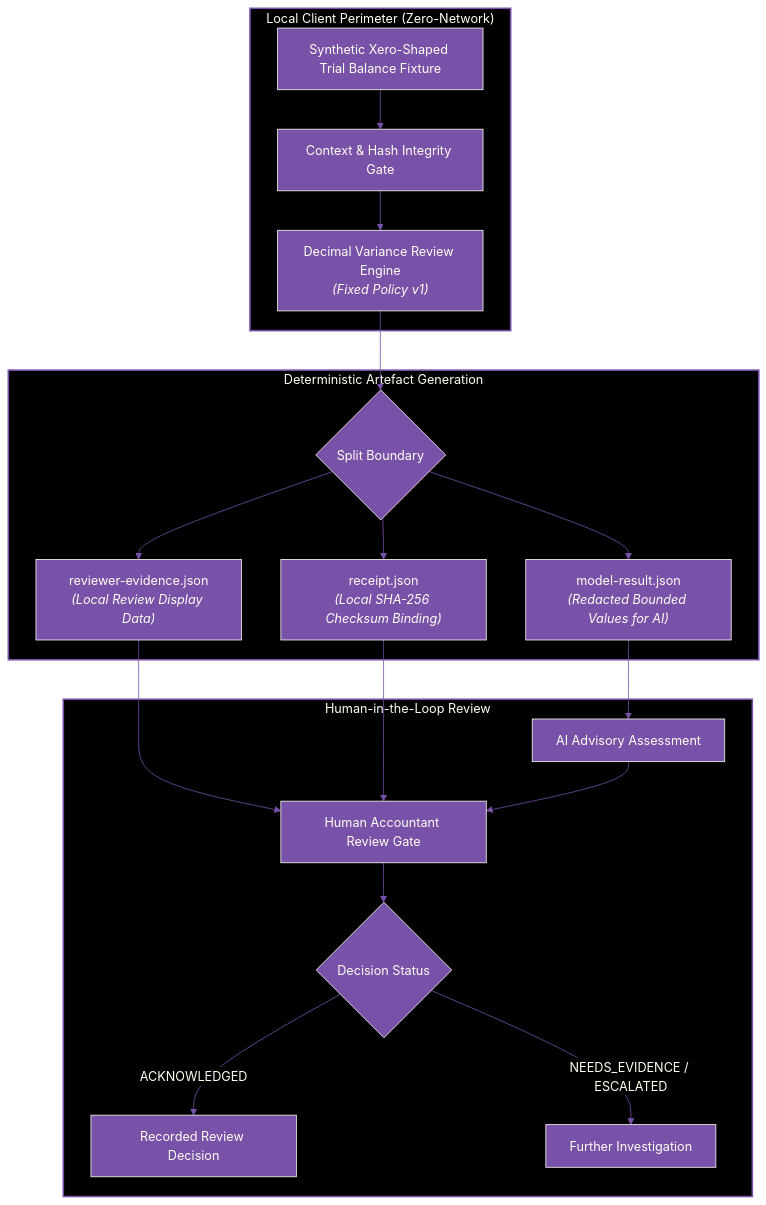
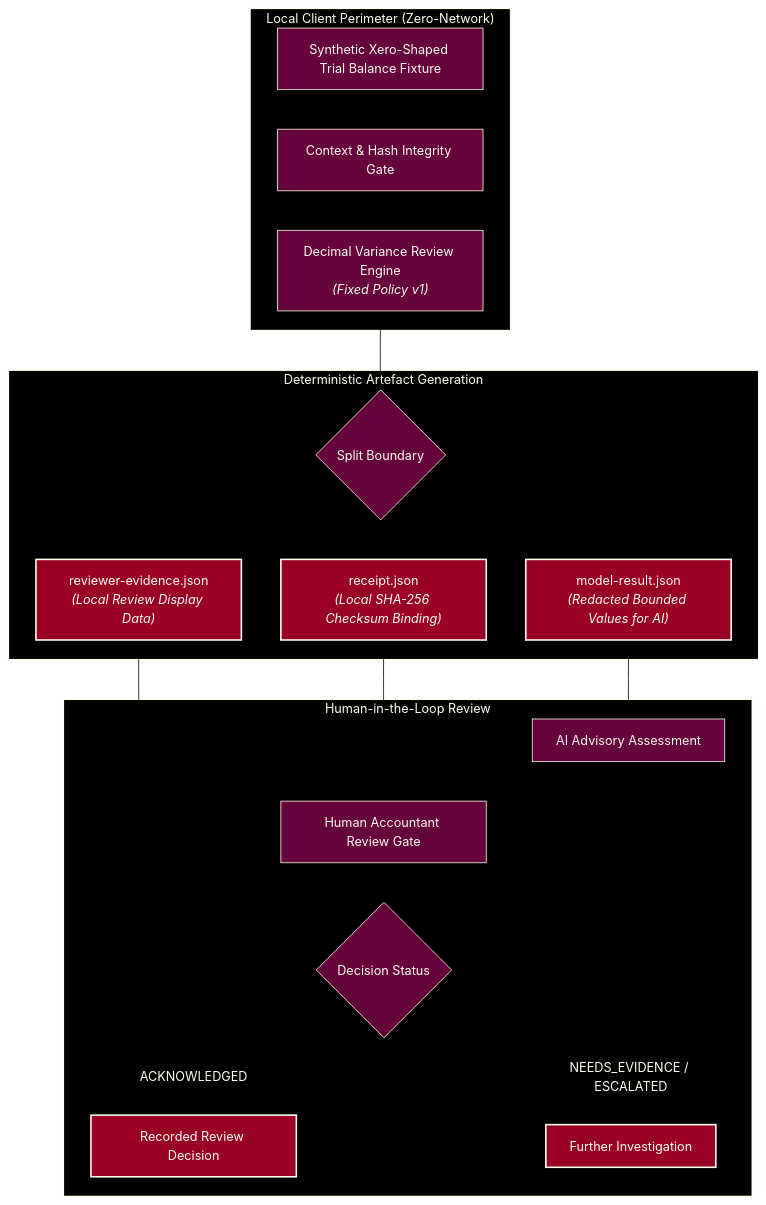
The diagram in packages/elizabeth-anne-alexander/README.md (ryanduguid/accounting-review-pipeline), drawn with Mermaid before and after one commit. The commit also changed 4 other files, not shown here.

Commit message:
docs: match Mermaid diagrams to the website palette (#323)

````diff
--- a/packages/elizabeth-anne-alexander/README.md
+++ b/packages/elizabeth-anne-alexander/README.md
@@ -51,27 +51,32 @@
 ```mermaid
 flowchart TD
-%%{init: {"theme": "base", "themeVariables": {"background": "#000000", "primaryColor": "#7851A9", "primaryTextColor": "#FFFFF0", "primaryBorderColor": "#FFFFF0", "lineColor": "#7851A9", "textColor": "#FFFFF0", "edgeLabelBackground": "#000000", "clusterBkg": "#000000", "clusterBorder": "#7851A9", "titleColor": "#FFFFF0"}}}%%
+%%{init: {"theme": "base", "themeVariables": {"background": "#000000", "primaryColor": "#66023C", "primaryTextColor": "#FFFFF0", "primaryBorderColor": "#FFFFF0", "lineColor": "#000000", "textColor": "#FFFFF0", "edgeLabelBackground": "#000000", "clusterBkg": "#000000", "clusterBorder": "#FFFFF0", "titleColor": "#FFFFF0"}, "themeCSS": ".flowchart-link, .relationshipLine, marker path { filter: drop-shadow(0px 1px 0px #FFFFF0) drop-shadow(0px -1px 0px #FFFFF0) drop-shadow(1px 0px 0px #FFFFF0) drop-shadow(-1px 0px 0px #FFFFF0); }"}}%%
     subgraph ClientPerimeter ["Local Client Perimeter (Zero-Network)"]
         Raw["Synthetic Xero-Shaped Trial Balance Fixture"] --> Validate["Context & Hash Integrity Gate"]
         Validate --> Engine["Decimal Variance Review Engine<br/><i>(Fixed Policy v1)</i>"]
     end
 
     subgraph ArtifactSplit ["Deterministic Artefact Generation"]
         Engine --> Split{"Split Boundary"}
         Split --> Model["model-result.json<br/><i>(Redacted Bounded Values for AI)</i>"]
         Split --> Evidence["reviewer-evidence.json<br/><i>(Local Review Display Data)</i>"]
         Split --> Receipt["receipt.json<br/><i>(Local SHA-256 Checksum Binding)</i>"]
     end
 
     subgraph Governance ["Human-in-the-Loop Review"]
         Model --> LLM["AI Advisory Assessment"]
         Evidence & Receipt & LLM --> Reviewer["Human Accountant Review Gate"]
         Reviewer --> Decision{"Decision Status"}
         Decision -->|ACKNOWLEDGED| Done["Recorded Review Decision"]
         Decision -->|NEEDS_EVIDENCE / ESCALATED| Action["Further Investigation"]
     end
 
-    style ClientPerimeter fill:#000000,stroke:#7851A9,stroke-width:2px,color:#FFFFF0
-    style ArtifactSplit fill:#000000,stroke:#7851A9,stroke-width:2px,color:#FFFFF0
-    style Governance fill:#000000,stroke:#7851A9,stroke-width:2px,color:#FFFFF0
+    style ClientPerimeter fill:#000000,stroke:#FFFFF0,stroke-width:2px,color:#FFFFF0
+    style ArtifactSplit fill:#000000,stroke:#FFFFF0,stroke-width:2px,color:#FFFFF0
+    style Governance fill:#000000,stroke:#FFFFF0,stroke-width:2px,color:#FFFFF0
+    style Model fill:#990024,stroke:#FFFFF0,stroke-width:2px,color:#FFFFF0
+    style Evidence fill:#990024,stroke:#FFFFF0,stroke-width:2px,color:#FFFFF0
+    style Receipt fill:#990024,stroke:#FFFFF0,stroke-width:2px,color:#FFFFF0
+    style Done fill:#990024,stroke:#FFFFF0,stroke-width:2px,color:#FFFFF0
+    style Action fill:#990024,stroke:#FFFFF0,stroke-width:2px,color:#FFFFF0
 ```
````
